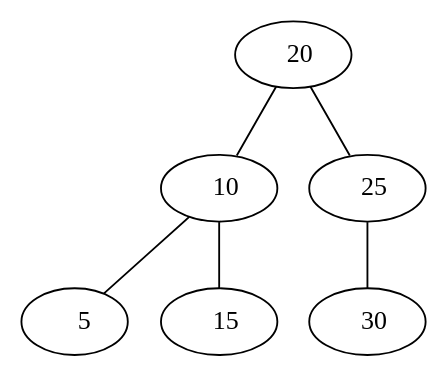
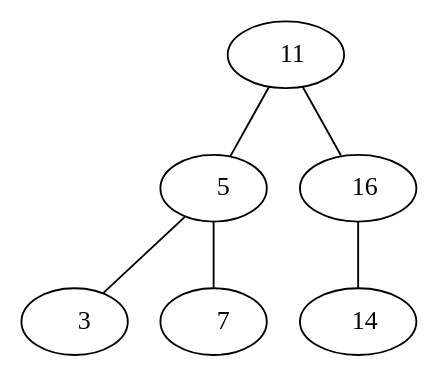
The diagram in FASE2/output.dot (nxz7/EDD_PROYECTO-_202200007), drawn with Graphviz before and after one commit. The commit also changed 29 other files, not shown here.

```diff
--- a/FASE2/output.dot
+++ b/FASE2/output.dot
@@ -1,13 +1,13 @@
 graph{
-     4 [label="   20"];
-     4 --     2;
-     4 --     5;
-     2 [label="   10"];
-     2 --     1;
-     2 --     3;
-     1 [label="    5"];
-     3 [label="   15"];
-     5 [label="   25"];
-     5 --     6;
-     6 [label="   30"];
+     3 [label="   11"];
+     3 --     4;
+     3 --     2;
+     4 [label="    5"];
+     4 --     1;
+     4 --     6;
+     1 [label="    3"];
+     6 [label="    7"];
+     2 [label="   16"];
+     2 --     5;
+     5 [label="   14"];
 }
```
